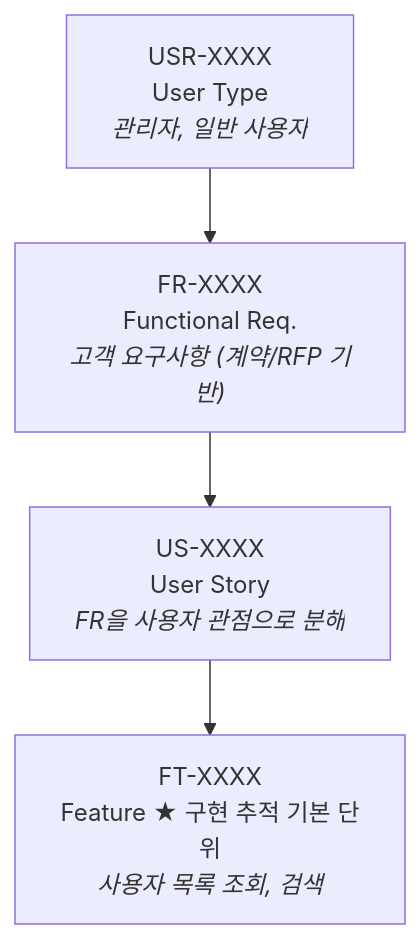
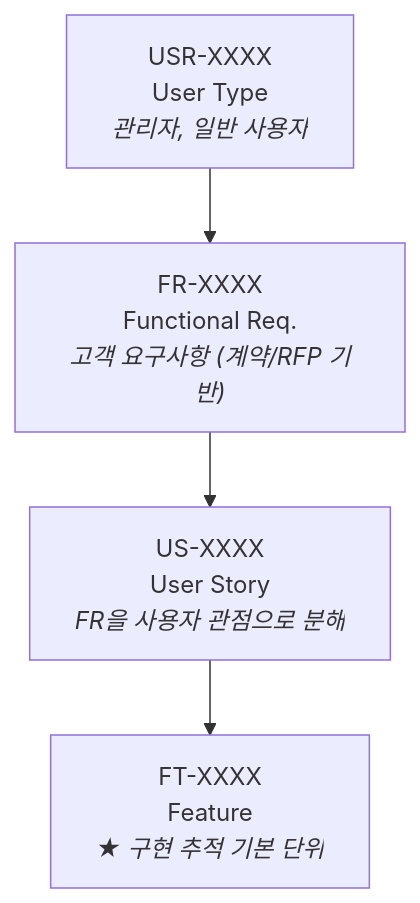
Before and after one commit to upleat-ax/u-maker-plugin: the third of 5 diagrams in README.md, drawn with Mermaid. The commit also changed other lines of this file and 5 other files, not shown here.

````diff
--- a/README.md
+++ b/README.md
@@ -265,8 +271,8 @@
 ```mermaid
 flowchart TD
     USR["USR-XXXX<br/>User Type<br/><i>관리자, 일반 사용자</i>"]
     FR["FR-XXXX<br/>Functional Req.<br/><i>고객 요구사항 (계약/RFP 기반)</i>"]
     US["US-XXXX<br/>User Story<br/><i>FR을 사용자 관점으로 분해</i>"]
-    FT["FT-XXXX<br/>Feature ★ 구현 추적 기본 단위<br/><i>사용자 목록 조회, 검색</i>"]
+    FT["FT-XXXX<br/>Feature<br/><i>★ 구현 추적 기본 단위</i>"]
     USR --> FR --> US --> FT
 ```
````
